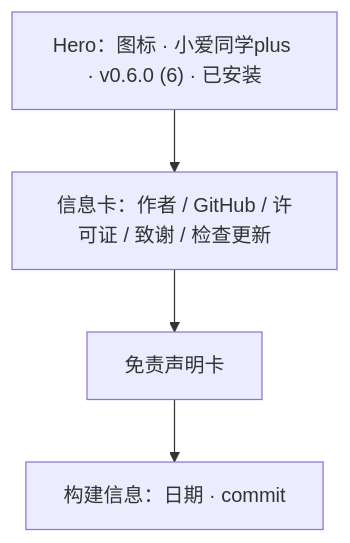
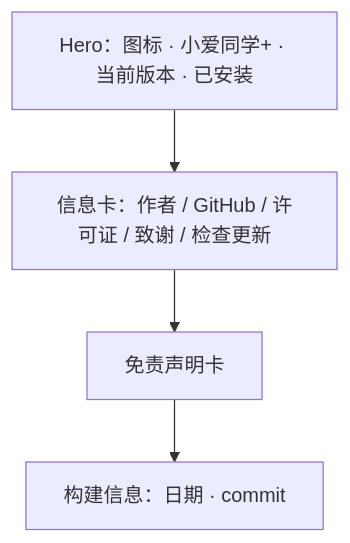
Before and after one commit to xuanyuanluoxue/xiaoi-plus: the fifth of 8 diagrams in docs/ui-architecture.md, drawn with Mermaid. The commit also changed other lines of this file and 21 other files, not shown here.

````diff
--- a/docs/ui-architecture.md
+++ b/docs/ui-architecture.md
@@ -165,9 +144,9 @@
 ```mermaid
 flowchart TB
-    H["Hero：图标 · 小爱同学plus · v0.6.0 (6) · 已安装"]
+    H["Hero：图标 · 小爱同学+ · 当前版本 · 已安装"]
     INFO["信息卡：作者 / GitHub / 许可证 / 致谢 / 检查更新"]
     DISC["免责声明卡"]
     BUILD["构建信息：日期 · commit"]
 
     H --> INFO --> DISC --> BUILD
 ```
````
